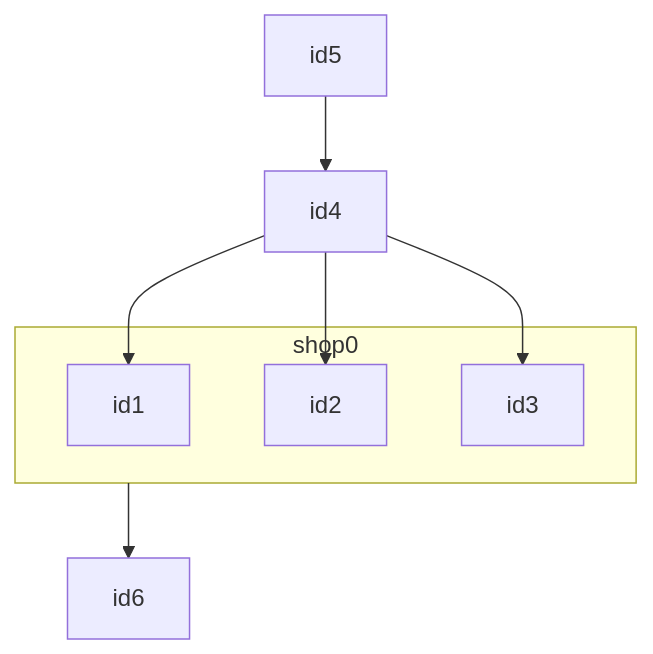
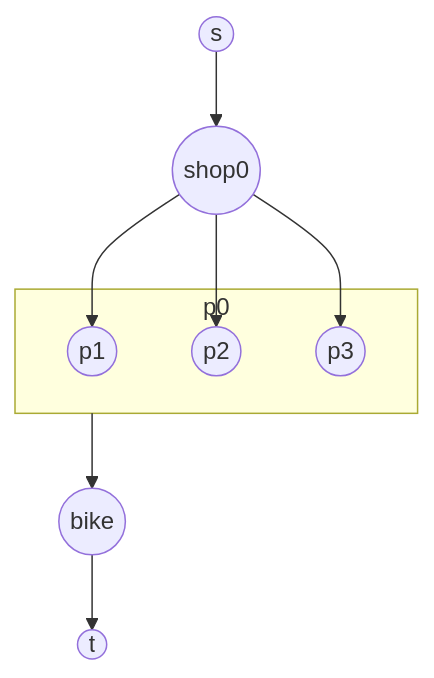
One commit to bfeitknecht/vault changed the second of 2 diagrams in sem2/AuW/PV/cx/tour-de-suisse.md. Above: the diagram before and after it, drawn with Mermaid.

Commit message:
backup: 2024-07-01 14:58:14 from MacBook Pro (echo)
Affected files:
sem2/AuW/PV/cx/tour-de-suisse.md

````diff
--- a/sem2/AuW/PV/cx/tour-de-suisse.md
+++ b/sem2/AuW/PV/cx/tour-de-suisse.md
@@ -84,14 +84,23 @@
 ```mermaid
 flowchart TD
 
+id5((s))
+id4((shop0))
+id1((p1))
+id2((p2))
+id3((p3))
+id6((bike))
+id7((t))
+
 id5 --> id4
 id4 --> id1 & id2 & id3
-subgraph shop0
-id1
-id2
-id3
+
+subgraph p0
+	id1
+	id2
+	id3
 end
 
-shop0 --> id6
+p0 --> id6 --> id7
 
 ```
````
